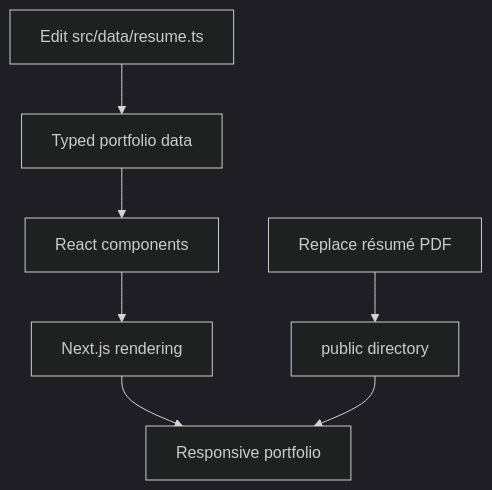
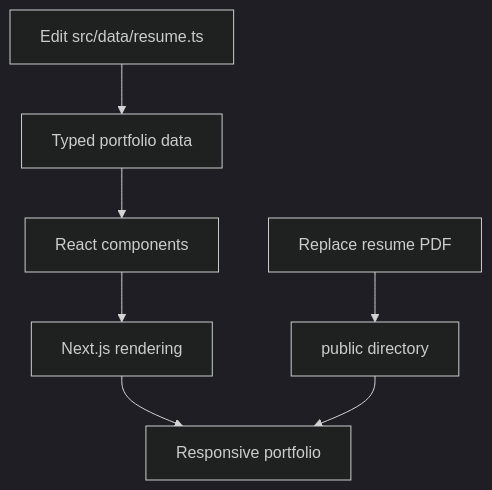
Before and after one commit to SiddheshRaje/SiddheshApp: the second of 2 diagrams in README.md, drawn with Mermaid (dark theme). The commit also changed other lines of this file and 19 other files, not shown here.

````diff
--- a/README.md
+++ b/README.md
@@ -70,10 +70,10 @@
 ```mermaid
 flowchart TD
     Edit[Edit src/data/resume.ts] --> Typed[Typed portfolio data]
     Typed --> Components[React components]
     Components --> Server[Next.js rendering]
     Server --> UI[Responsive portfolio]
 
-    PDF[Replace résumé PDF] --> Public[public directory]
+    PDF[Replace resume PDF] --> Public[public directory]
     Public --> UI
 ```
````
